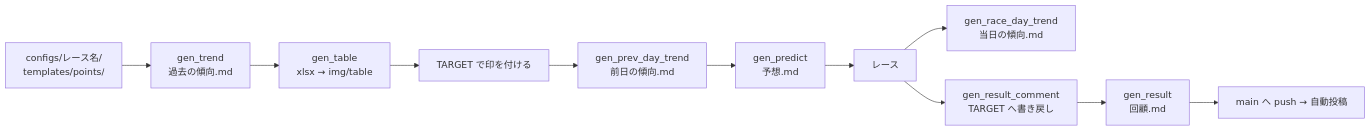
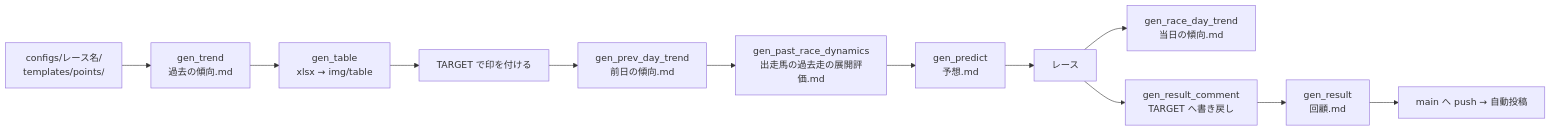
The diagram in docs/workflow.md (Kubo-Tech/g1-predict), drawn with Mermaid before and after one commit. The commit also changed other lines of this file and 18 other files, not shown here.

````diff
--- a/docs/workflow.md
+++ b/docs/workflow.md
@@ -5,13 +5,14 @@
 ```mermaid
 flowchart LR
     A[configs/レース名/<br/>templates/points/] --> B[gen_trend<br/>過去の傾向.md]
     B --> C[gen_table<br/>xlsx → img/table]
     C --> D[TARGET で印を付ける]
     D --> P[gen_prev_day_trend<br/>前日の傾向.md]
-    P --> E[gen_predict<br/>予想.md]
+    P --> Q[gen_past_race_dynamics<br/>出走馬の過去走の展開評価.md]
+    Q --> E[gen_predict<br/>予想.md]
     E --> F[レース]
     F --> R[gen_race_day_trend<br/>当日の傾向.md]
     F --> G[gen_result_comment<br/>TARGET へ書き戻し]
     G --> H[gen_result<br/>回顧.md]
     H --> I[main へ push → 自動投稿]
 ```
````
